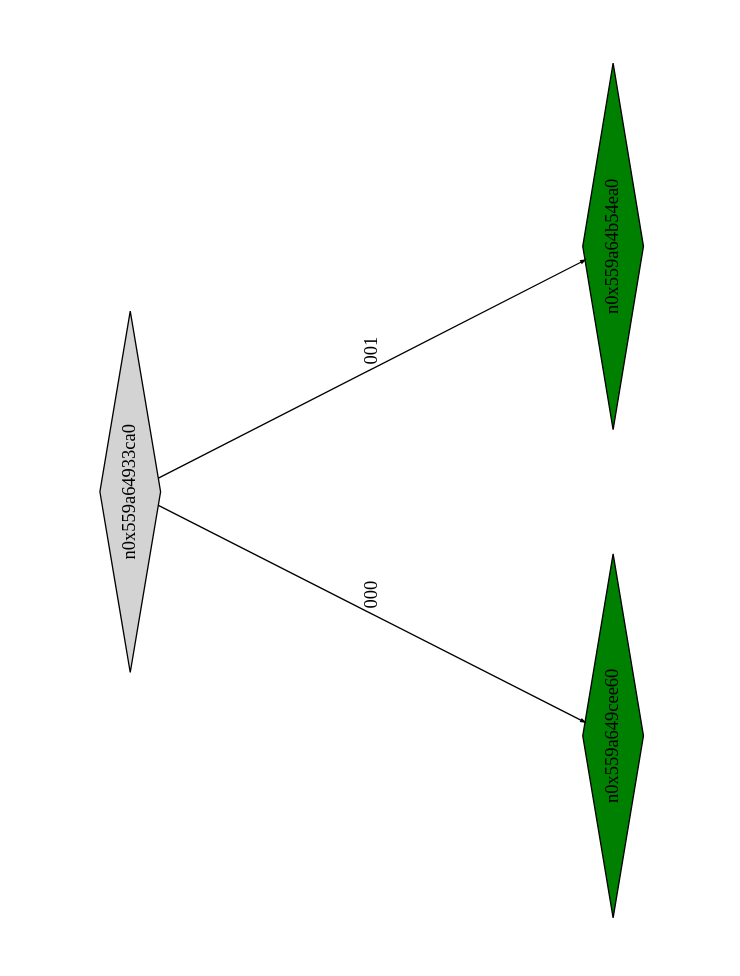
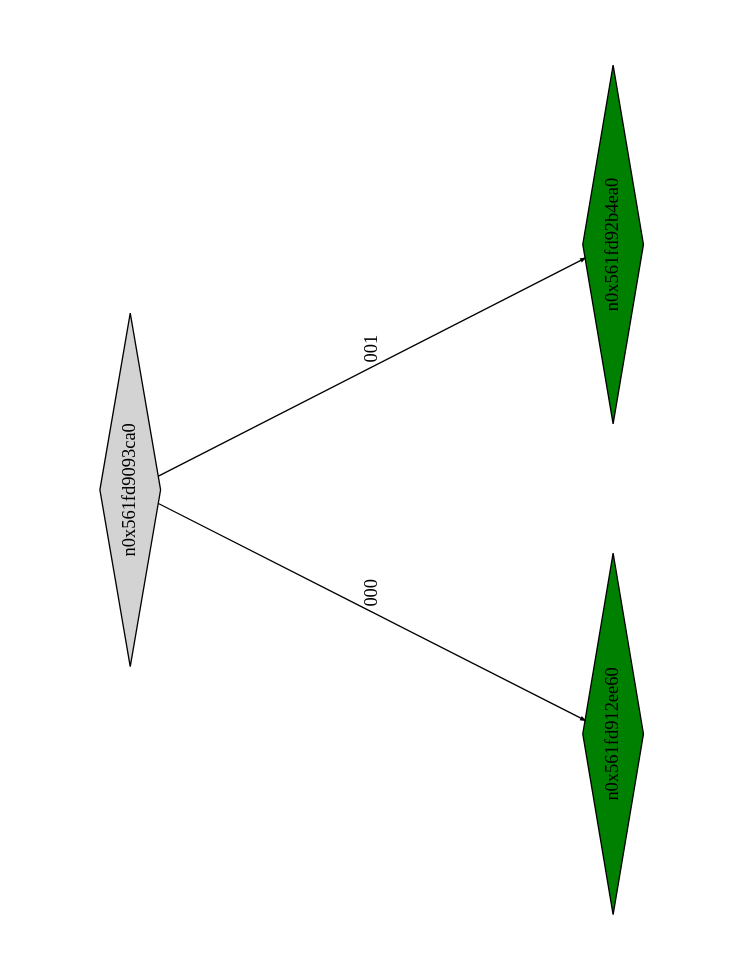
The diagram in montyhall_klee_out/ptree_00001023.dot (Research-Tools-PAVT/PSE-Program-Examples), drawn with Graphviz before and after one commit. The commit also changed 41 other files, not shown here.

```diff
--- a/montyhall_klee_out/ptree_00001023.dot
+++ b/montyhall_klee_out/ptree_00001023.dot
@@ -1,13 +1,13 @@
 digraph G {
 	size="10,7.5";
 	ratio=fill;
 	rotate=90;
 	center = "true";
 	node [style="filled",width=.1,height=.1,fontname="Terminus"]
 	edge [arrowsize=.3]
-	n0x559a64933ca0 [shape=diamond];
-	n0x559a64933ca0 -> n0x559a649cee60 [label=000];
-	n0x559a64933ca0 -> n0x559a64b54ea0 [label=001];
-	n0x559a64b54ea0 [shape=diamond,fillcolor=green];
-	n0x559a649cee60 [shape=diamond,fillcolor=green];
+	n0x561fd9093ca0 [shape=diamond];
+	n0x561fd9093ca0 -> n0x561fd912ee60 [label=000];
+	n0x561fd9093ca0 -> n0x561fd92b4ea0 [label=001];
+	n0x561fd92b4ea0 [shape=diamond,fillcolor=green];
+	n0x561fd912ee60 [shape=diamond,fillcolor=green];
 }
```
